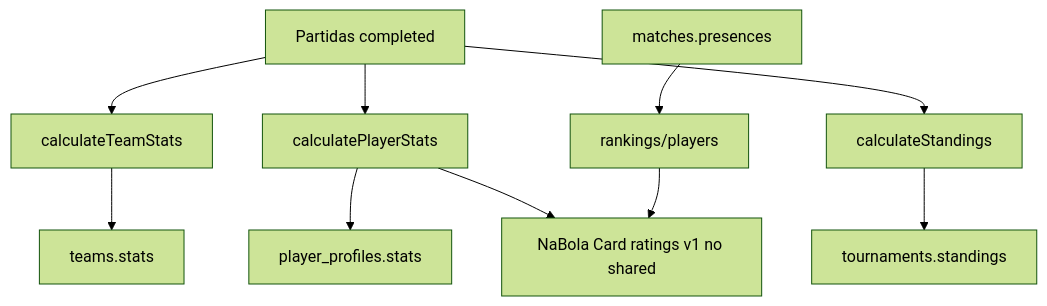
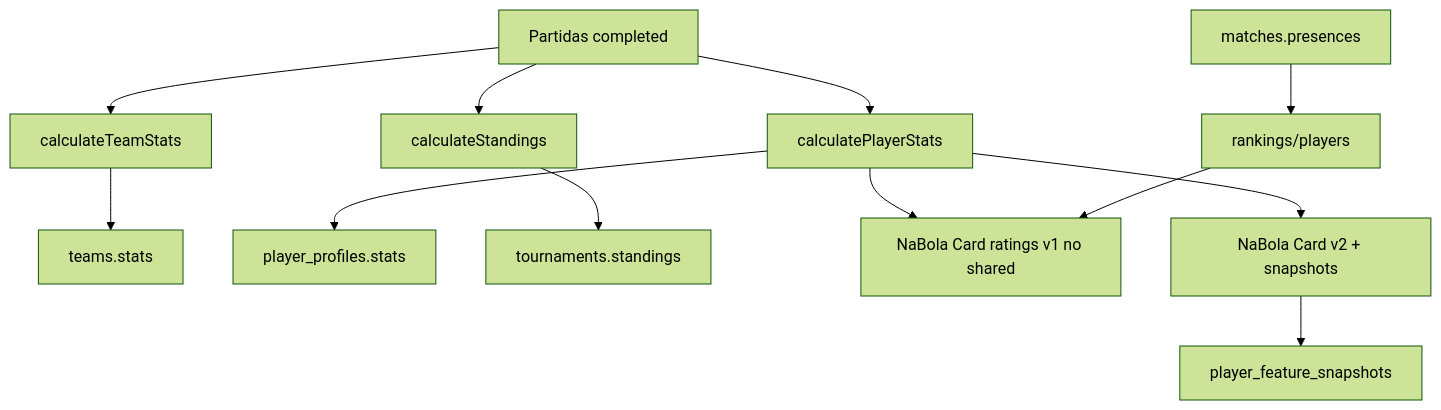
Before and after one commit to nalbcosta/soccer_stats: diagram 11 of 14 in docs/backend/domain-flows.md, drawn with Mermaid (forest theme). The commit also changed other lines of this file and 20 other files, not shown here.

````diff
--- a/docs/backend/domain-flows.md
+++ b/docs/backend/domain-flows.md
@@ -265,14 +288,16 @@
 ```mermaid
 flowchart TB
   Completed["Partidas completed"] --> TeamStats["calculateTeamStats"]
   Completed --> PlayerStats["calculatePlayerStats"]
   Completed --> Standings["calculateStandings"]
   Presences["matches.presences"] --> Rankings["rankings/players"]
 
   TeamStats --> TeamCache["teams.stats"]
   PlayerStats --> PlayerCache["player_profiles.stats"]
   Standings --> TournamentCache["tournaments.standings"]
 
   PlayerStats --> Card["NaBola Card ratings v1 no shared"]
+  PlayerStats --> CardV2["NaBola Card v2 + snapshots"]
   Rankings --> Card
+  CardV2 --> Snapshots["player_feature_snapshots"]
 ```
````
